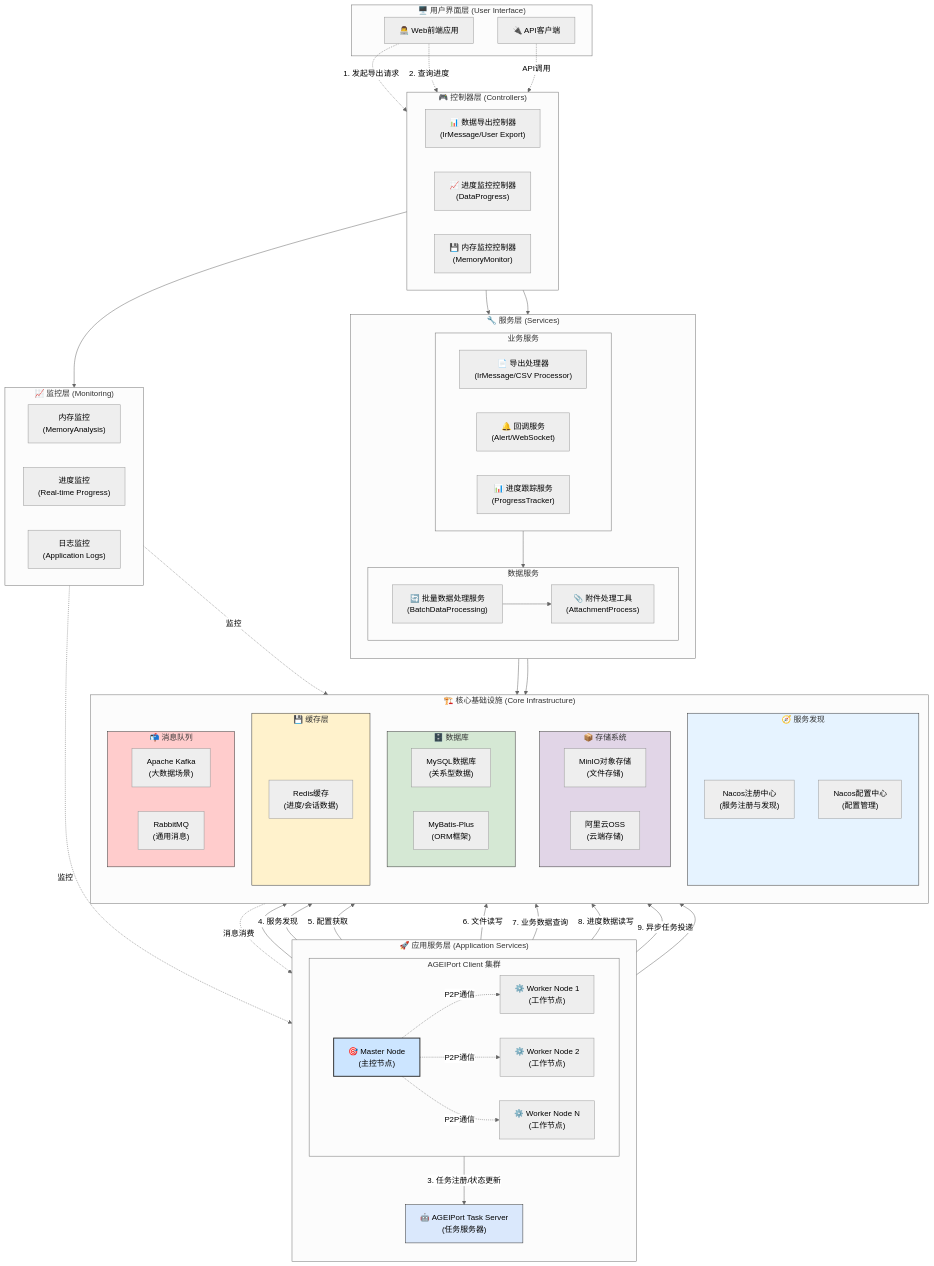
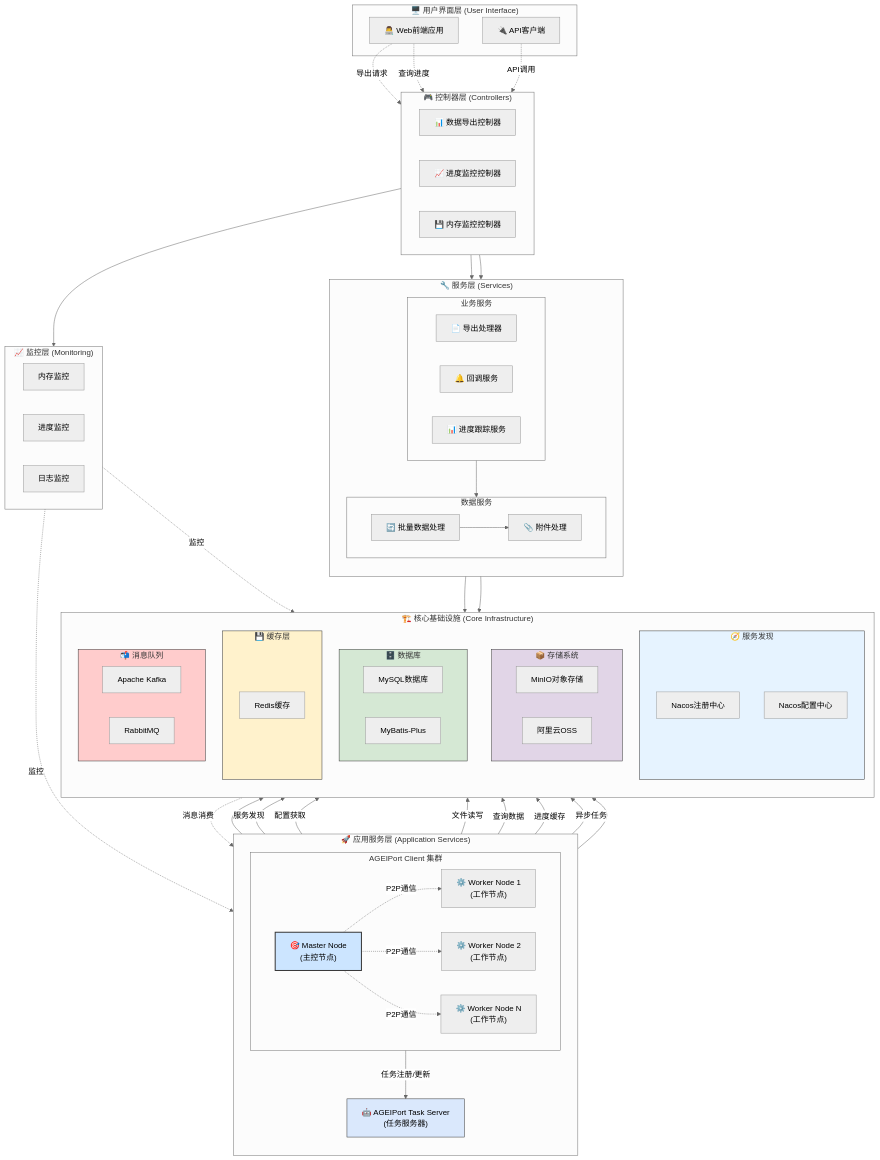
Before and after one commit to jackasher36/distributed-export-client: the diagram in README.md, drawn with Mermaid (neutral theme). The commit also changed other lines of this file, not shown here.

Commit message:
更新README

````diff
--- a/README.md
+++ b/README.md
@@ -47,9 +53,9 @@
 
     subgraph Controllers ["🎮 控制器层 (Controllers)"]
         direction LR
-        DataExportCtrl["📊 数据导出控制器<br/>(IrMessage/User Export)"]
-        ProgressCtrl["📈 进度监控控制器<br/>(DataProgress)"]
-        MemoryCtrl["💾 内存监控控制器<br/>(MemoryMonitor)"]
+        DataExportCtrl["📊 数据导出控制器"]
+        ProgressCtrl["📈 进度监控控制器"]
+        MemoryCtrl["💾 内存监控控制器"]
     end
 
     subgraph Services ["🔧 服务层 (Services)"]
@@ -57,15 +63,15 @@
         
         subgraph BusinessServices ["业务服务"]
             direction LR
-            ExportProcessor["📄 导出处理器<br/>(IrMessage/CSV Processor)"]
-            CallbackService["🔔 回调服务<br/>(Alert/WebSocket)"]
-            ProgressTracker["📊 进度跟踪服务<br/>(ProgressTracker)"]
+            ExportProcessor["📄 导出处理器"]
+            CallbackService["🔔 回调服务"]
+            ProgressTracker["📊 进度跟踪服务"]
         end
         
         subgraph DataServices ["数据服务"]
             direction LR
-            BatchDataService["🔄 批量数据处理服务<br/>(BatchDataProcessing)"]
-            AttachmentUtil["📎 附件处理工具<br/>(AttachmentProcess)"]
+            BatchDataService["🔄 批量数据处理"]
+            AttachmentUtil["📎 附件处理"]
         end
     end
 
@@ -73,42 +79,42 @@
         direction TB
         
         subgraph Discovery ["🧭 服务发现"]
-            NacosRegistry["Nacos注册中心<br/>(服务注册与发现)"]
-            NacosConfig["Nacos配置中心<br/>(配置管理)"]
+            NacosRegistry["Nacos注册中心"]
+            NacosConfig["Nacos配置中心"]
         end
         
         subgraph Storage ["📦 存储系统"]
             direction LR
-            MinIO["MinIO对象存储<br/>(文件存储)"]
-            AliOSS["阿里云OSS<br/>(云端存储)"]
+            MinIO["MinIO对象存储"]
+            AliOSS["阿里云OSS"]
         end
         
         subgraph Database ["🗄️ 数据库"]
-            MySQL["MySQL数据库<br/>(关系型数据)"]
-            MyBatisPlus["MyBatis-Plus<br/>(ORM框架)"]
+            MySQL["MySQL数据库"]
+            MyBatisPlus["MyBatis-Plus"]
         end
         
         subgraph Cache ["💾 缓存层"]
-            Redis["Redis缓存<br/>(进度/会话数据)"]
+            Redis["Redis缓存"]
         end
         
         subgraph MessageQueue ["📬 消息队列"]
             direction LR
-            Kafka["Apache Kafka<br/>(大数据场景)"]
-            RabbitMQ["RabbitMQ<br/>(通用消息)"]
+            Kafka["Apache Kafka"]
+            RabbitMQ["RabbitMQ"]
         end
     end
 
     subgraph Monitoring ["📈 监控层 (Monitoring)"]
         direction LR
-        MemoryMonitor["内存监控<br/>(MemoryAnalysis)"]
-        ProgressMonitor["进度监控<br/>(Real-time Progress)"]
-        LogMonitor["日志监控<br/>(Application Logs)"]
+        MemoryMonitor["内存监控"]
+        ProgressMonitor["进度监控"]
+        LogMonitor["日志监控"]
     end
 
     %% 用户交互流
-    WebUI -.->|"1. 发起导出请求"| DataExportCtrl
-    WebUI -.->|"2. 查询进度"| ProgressCtrl
+    WebUI -.->|"导出请求"| DataExportCtrl
+    WebUI -.->|"查询进度"| ProgressCtrl
     API_Client -.->|"API调用"| Controllers
 
     %% 控制器到服务层
@@ -122,13 +128,13 @@
     MasterNode -.->|"P2P通信"| WorkerNodeN
 
     %% 服务层到基础设施
-    ClientCluster -->|"3. 任务注册/状态更新"| TaskServer
-    ClientCluster -->|"4. 服务发现"| NacosRegistry
-    ClientCluster -->|"5. 配置获取"| NacosConfig
-    ClientCluster -->|"6. 文件读写"| Storage
-    ClientCluster -->|"7. 业务数据查询"| Database
-    ClientCluster -->|"8. 进度数据读写"| Cache
-    ClientCluster -->|"9. 异步任务投递"| MessageQueue
+    ClientCluster -->|"任务注册/更新"| TaskServer
+    ClientCluster -->|"服务发现"| NacosRegistry
+    ClientCluster -->|"配置获取"| NacosConfig
+    ClientCluster -->|"文件读写"| Storage
+    ClientCluster -->|"查询数据"| Database
+    ClientCluster -->|"进度缓存"| Cache
+    ClientCluster -->|"异步任务"| MessageQueue
 
     %% 服务依赖
     TaskServer --> Database
@@ -153,4 +159,5 @@
     style Cache fill:#fff2cc,stroke:#333,stroke-width:1px
     style MessageQueue fill:#ffcccc,stroke:#333,stroke-width:1px
     style Discovery fill:#e6f3ff,stroke:#333,stroke-width:1px
+
 ```
````
